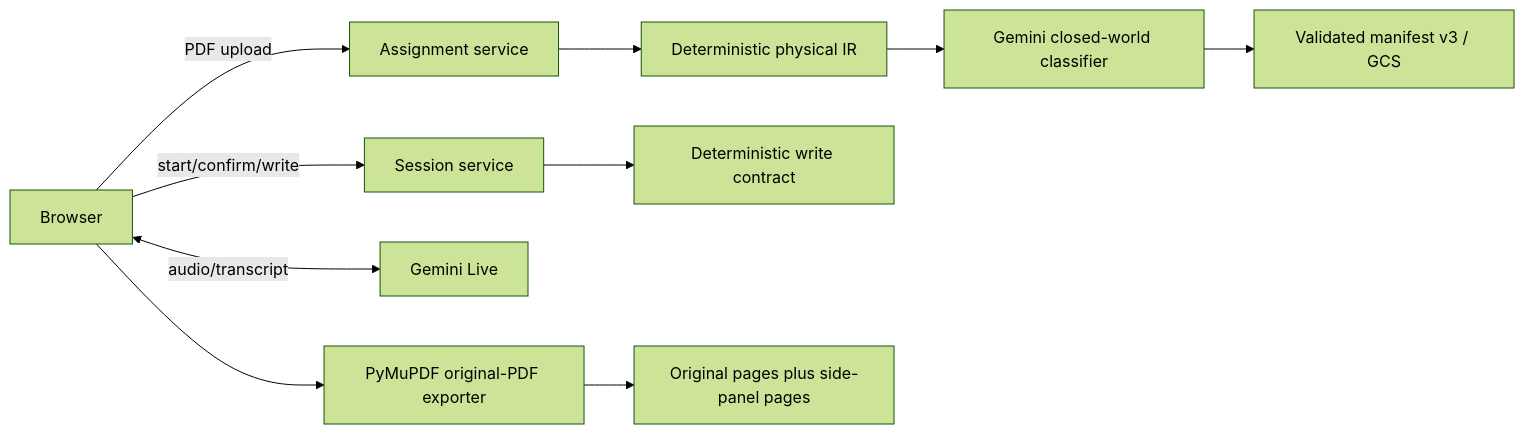
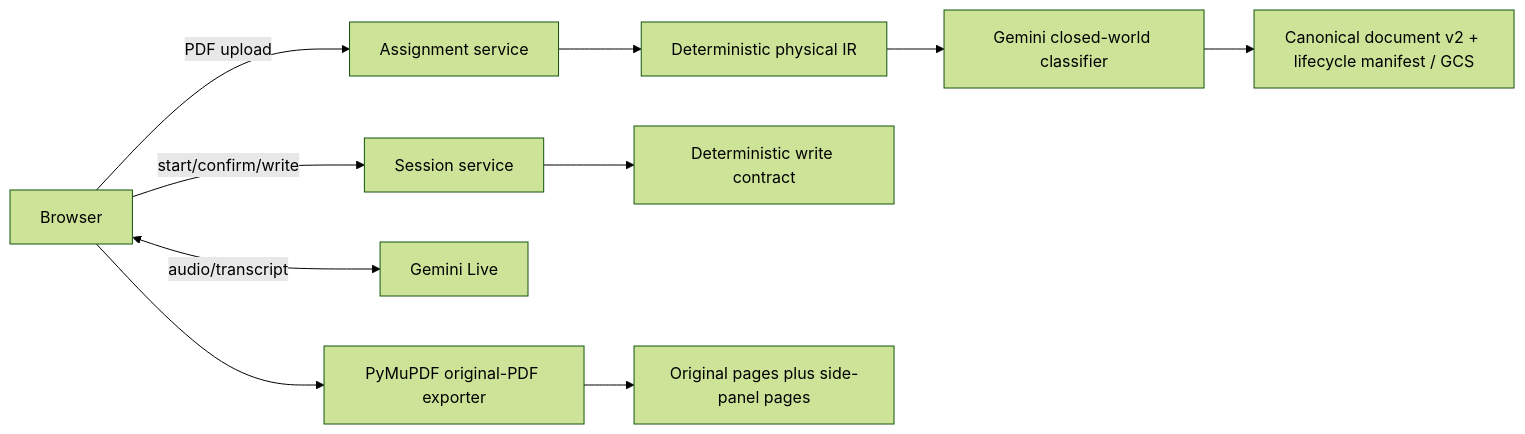
One commit to ChimdumebiNebolisa/Claros changed the first of 2 diagrams in docs/ARCHITECTURE.md. Above: the diagram before and after it, drawn with Mermaid (forest theme). The commit also changed other lines of this file and 39 other files, not shown here.

Commit message:
feat(document): establish canonical worksheet model

````diff
--- a/docs/ARCHITECTURE.md
+++ b/docs/ARCHITECTURE.md
@@ -24,12 +24,12 @@
 ```mermaid
 flowchart LR
   U[Browser] -->|PDF upload| A[Assignment service]
   A --> P[Deterministic physical IR]
   P --> C[Gemini closed-world classifier]
-  C --> M[Validated manifest v3 / GCS]
+  C --> M[Canonical document v2 + lifecycle manifest / GCS]
   U -->|start/confirm/write| S[Session service]
   U <-->|audio/transcript| G[Gemini Live]
   S --> W[Deterministic write contract]
   U --> E[PyMuPDF original-PDF exporter]
   E --> X[Original pages plus side-panel pages]
 ```
````
